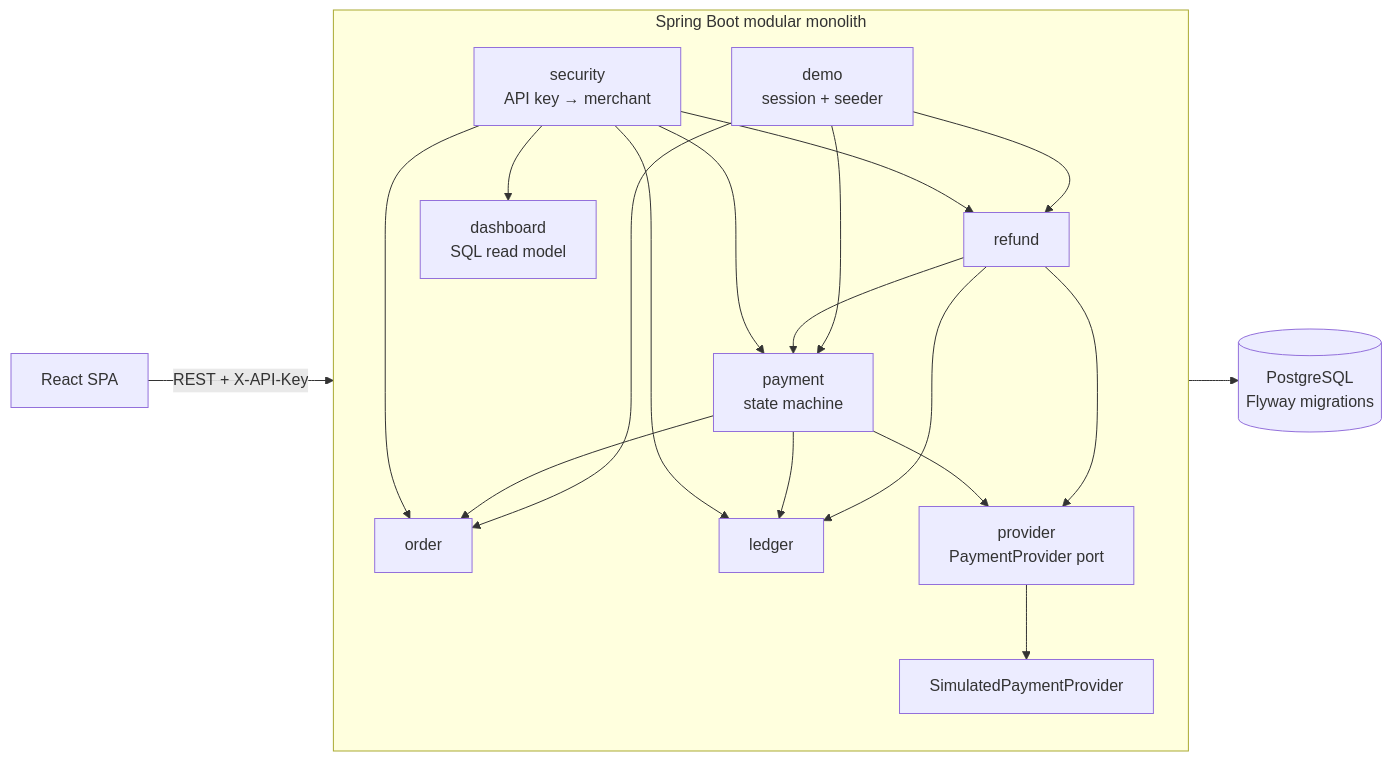
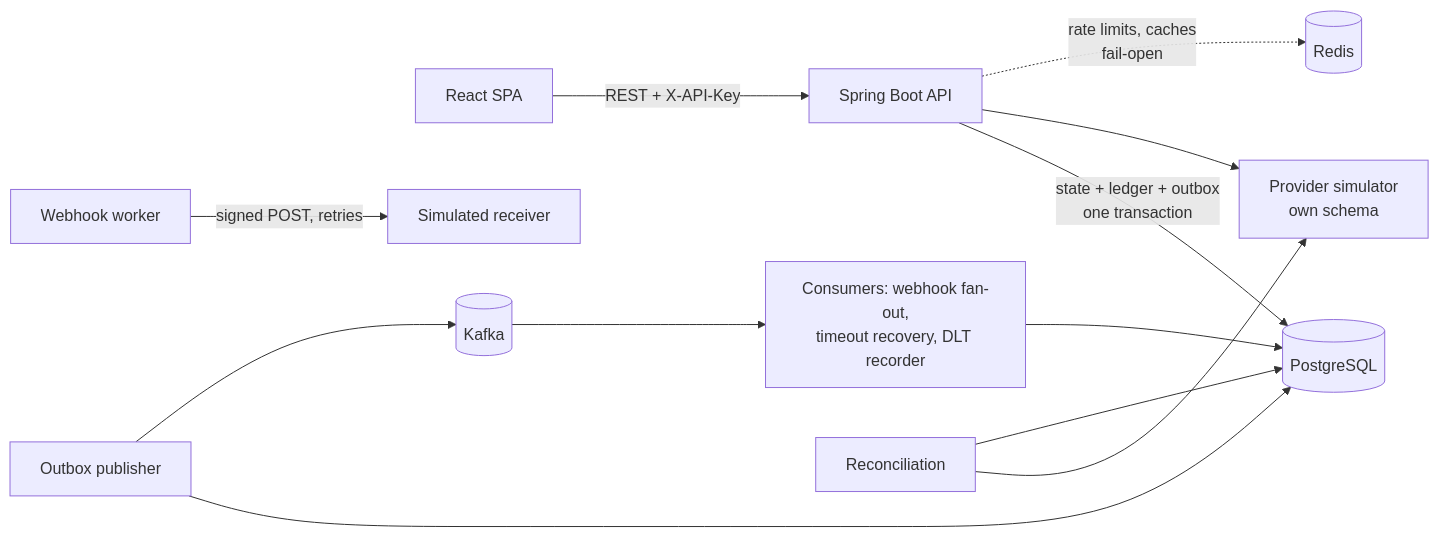
The diagram in README.md (Jain-Saksham/finflow), drawn with Mermaid before and after one commit. The commit also changed other lines of this file and 116 other files, not shown here.

````diff
--- a/README.md
+++ b/README.md
@@ -79,22 +101,14 @@
 ```mermaid
 flowchart LR
-    UI[React SPA] -->|REST + X-API-Key| API
-
-    subgraph API[Spring Boot modular monolith]
-        SEC[security<br/>API key → merchant] --> ORD[order]
-        SEC --> PAY[payment<br/>state machine]
-        SEC --> REF[refund]
-        SEC --> LED[ledger]
-        SEC --> DASH[dashboard<br/>SQL read model]
-        PAY --> ORD
-        PAY --> LED
-        PAY --> PROV[provider<br/>PaymentProvider port]
-        REF --> PAY
-        REF --> LED
-        REF --> PROV
-        PROV --> SIM[SimulatedPaymentProvider]
-        DEMO[demo<br/>session + seeder] --> ORD & PAY & REF
-    end
-
-    API --> DB[(PostgreSQL<br/>Flyway migrations)]
+    UI[React SPA] -->|REST + X-API-Key| API[Spring Boot API]
+    API -->|"state + ledger + outbox<br/>one transaction"| PG[(PostgreSQL)]
+    API --> SIM[Provider simulator<br/>own schema]
+    PUB[Outbox publisher] --> PG
+    PUB --> K[(Kafka)]
+    K --> C[Consumers: webhook fan-out,<br/>timeout recovery, DLT recorder]
+    C --> PG
+    W[Webhook worker] -->|signed POST, retries| R[Simulated receiver]
+    API -.->|rate limits, caches<br/>fail-open| RD[(Redis)]
+    REC[Reconciliation] --> SIM
+    REC --> PG
 ```
````
